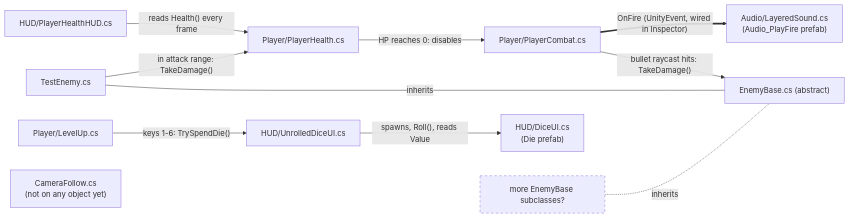
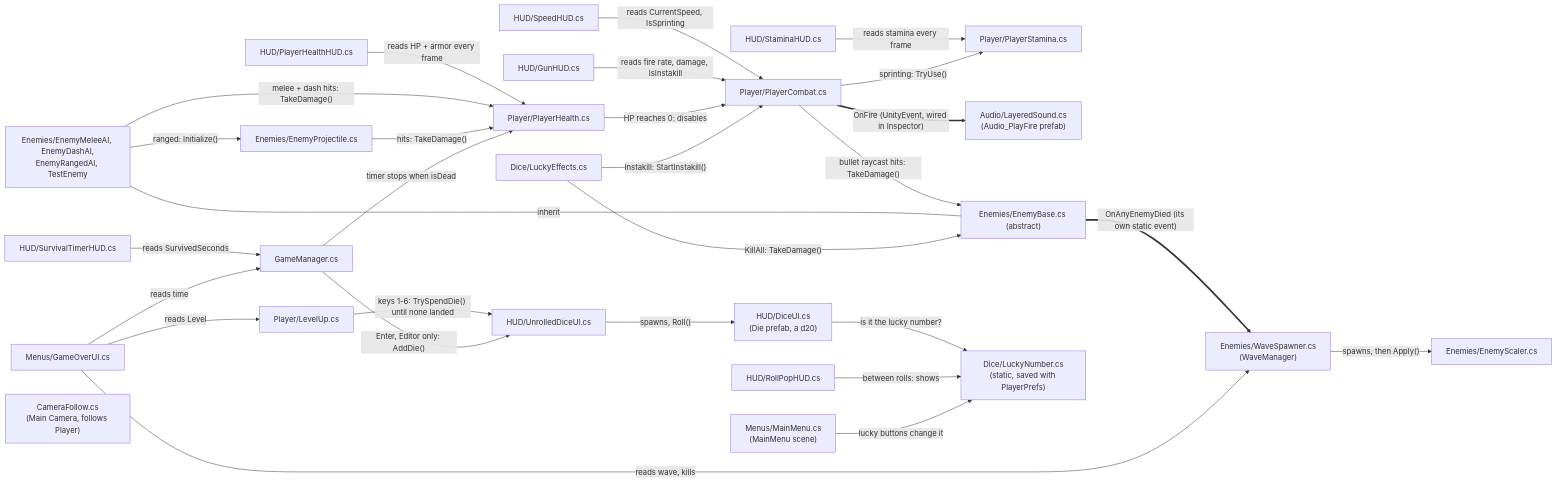
One commit to Lukebonn/Unity-Game-Jam changed the second of 3 diagrams in README.md. Above: the diagram before and after it, drawn with Mermaid. The commit also changed other lines of this file and 122 other files, not shown here.

````diff
--- a/README.md
+++ b/README.md
@@ -43,15 +43,31 @@
 ```mermaid
 flowchart LR
-    HHUD["HUD/PlayerHealthHUD.cs"] -->|"reads Health() every frame"| PH["Player/PlayerHealth.cs"]
-    TE["TestEnemy.cs"] -->|"in attack range: TakeDamage()"| PH
-    PH -->|"HP reaches 0: disables"| PC["Player/PlayerCombat.cs"]
+    HHUD["HUD/PlayerHealthHUD.cs"] -->|"reads HP + armor every frame"| PH["Player/PlayerHealth.cs"]
+    SHUD["HUD/StaminaHUD.cs"] -->|"reads stamina every frame"| PS["Player/PlayerStamina.cs"]
+    SPD["HUD/SpeedHUD.cs"] -->|"reads CurrentSpeed, IsSprinting"| PC["Player/PlayerCombat.cs"]
+    GUN["HUD/GunHUD.cs"] -->|"reads fire rate, damage, IsInstakill"| PC
+    PC -->|"sprinting: TryUse()"| PS
+    PH -->|"HP reaches 0: disables"| PC
     PC ==>|"OnFire (UnityEvent, wired in Inspector)"| LS["Audio/LayeredSound.cs<br/>(Audio_PlayFire prefab)"]
-    PC -->|"bullet raycast hits: TakeDamage()"| EB["EnemyBase.cs (abstract)"]
-    TE ---|"inherits"| EB
-    MORE["more EnemyBase subclasses?"]:::open -.-|"inherits"| EB
-    LU["Player/LevelUp.cs"] -->|"keys 1-6: TrySpendDie()"| TRAY["HUD/UnrolledDiceUI.cs"]
-    TRAY -->|"spawns, Roll(), reads Value"| DIE["HUD/DiceUI.cs<br/>(Die prefab)"]
-    CAM["CameraFollow.cs<br/>(not on any object yet)"]
-
-    classDef open stroke-dasharray: 5 5
+    PC -->|"bullet raycast hits: TakeDamage()"| EB["Enemies/EnemyBase.cs (abstract)"]
+    AI["Enemies/EnemyMeleeAI, EnemyDashAI,<br/>EnemyRangedAI, TestEnemy"] ---|"inherit"| EB
+    AI -->|"melee + dash hits: TakeDamage()"| PH
+    AI -->|"ranged: Initialize()"| PROJ["Enemies/EnemyProjectile.cs"]
+    PROJ -->|"hits: TakeDamage()"| PH
+    WS["Enemies/WaveSpawner.cs<br/>(WaveManager)"] -->|"spawns, then Apply()"| ESC["Enemies/EnemyScaler.cs"]
+    EB ==>|"OnAnyEnemyDied (its own static event)"| WS
+    LU["Player/LevelUp.cs"] -->|"keys 1-6: TrySpendDie() until none landed"| TRAY["HUD/UnrolledDiceUI.cs"]
+    TRAY -->|"spawns, Roll()"| DIE["HUD/DiceUI.cs<br/>(Die prefab, a d20)"]
+    DIE -->|"is it the lucky number?"| LN["Dice/LuckyNumber.cs<br/>(static, saved with PlayerPrefs)"]
+    LE["Dice/LuckyEffects.cs"] -->|"KillAll: TakeDamage()"| EB
+    LE -->|"Instakill: StartInstakill()"| PC
+    GM["GameManager.cs"] -->|"Enter, Editor only: AddDie()"| TRAY
+    GM -->|"timer stops when isDead"| PH
+    POP["HUD/RollPopHUD.cs"] -->|"between rolls: shows"| LN
+    TIME["HUD/SurvivalTimerHUD.cs"] -->|"reads SurvivedSeconds"| GM
+    GO["Menus/GameOverUI.cs"] -->|"reads time"| GM
+    GO -->|"reads wave, kills"| WS
+    GO -->|"reads Level"| LU
+    MM["Menus/MainMenu.cs<br/>(MainMenu scene)"] -->|"lucky buttons change it"| LN
+    CAM["CameraFollow.cs<br/>(Main Camera, follows Player)"]
 ```
````
